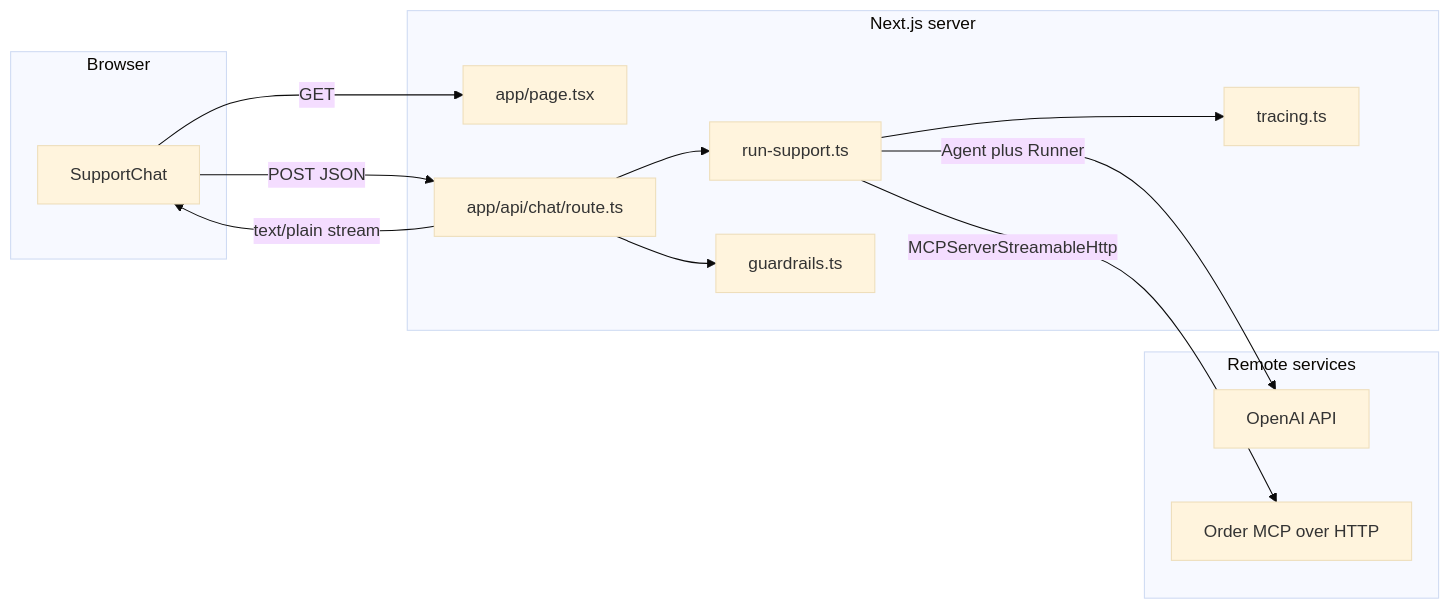
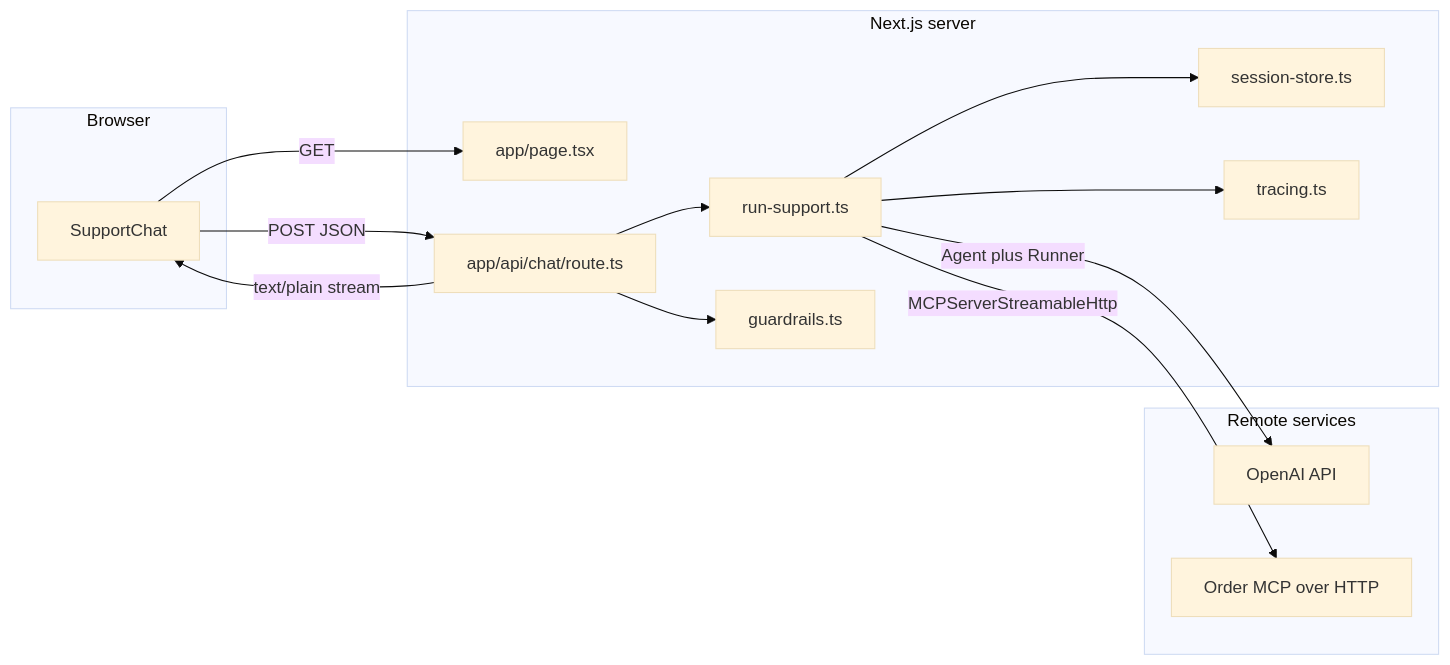
Before and after one commit to ibrahim013/meridiane-chatbot: the first of 2 diagrams in README.md, drawn with Mermaid (base theme). The commit also changed other lines of this file and 2 other files, not shown here.

Commit message:
Add session memory

````diff
--- a/README.md
+++ b/README.md
@@ -48,28 +49,30 @@
 ```mermaid
 flowchart LR
   subgraph browser [Browser]
     SC[SupportChat]
   end
 
   subgraph next_app [Next.js server]
     PG[app/page.tsx]
     RT[app/api/chat/route.ts]
     RS[run-support.ts]
+    SS[session-store.ts]
     GR[guardrails.ts]
     TR[tracing.ts]
   end
 
   subgraph remote [Remote services]
     OAI[OpenAI API]
     MCP[Order MCP over HTTP]
   end
 
   SC -->|GET| PG
   SC -->|POST JSON| RT
   RT --> GR
   RT --> RS
+  RS --> SS
   RS --> TR
   RS -->|Agent plus Runner| OAI
   RS -->|MCPServerStreamableHttp| MCP
   RT -->|text/plain stream| SC
 ```
````
